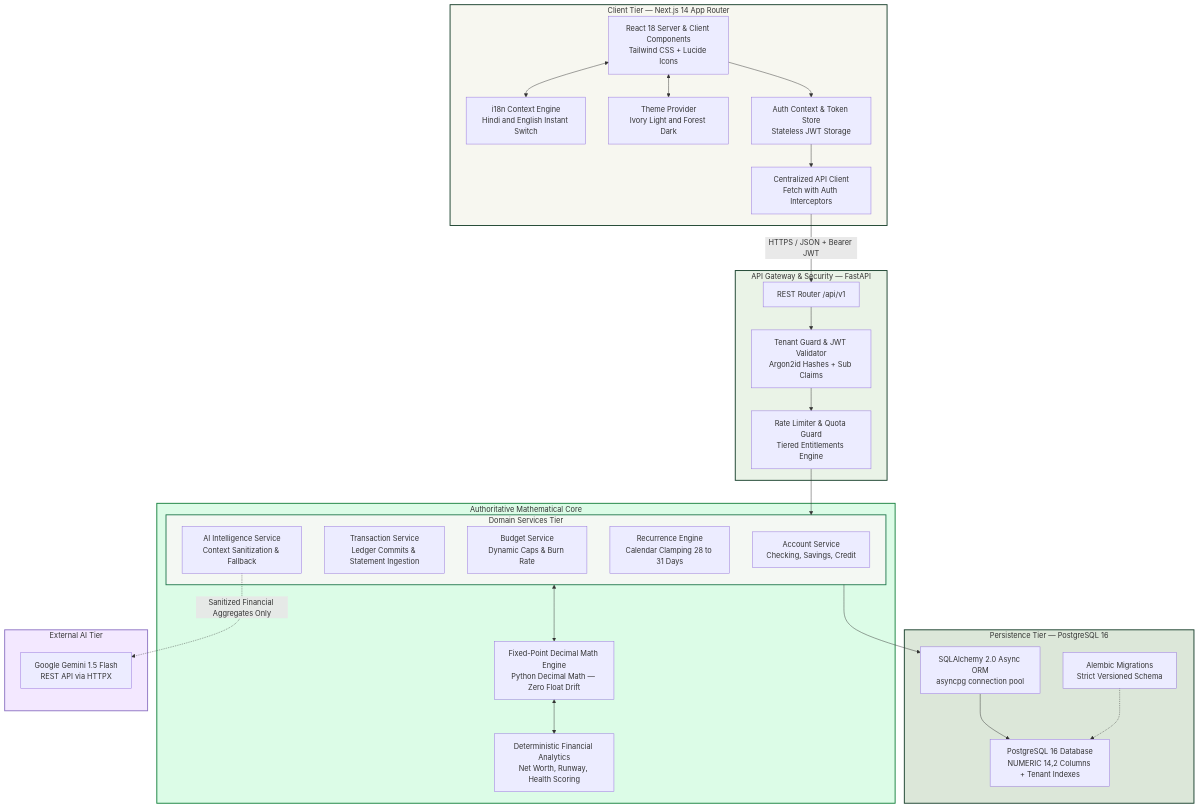
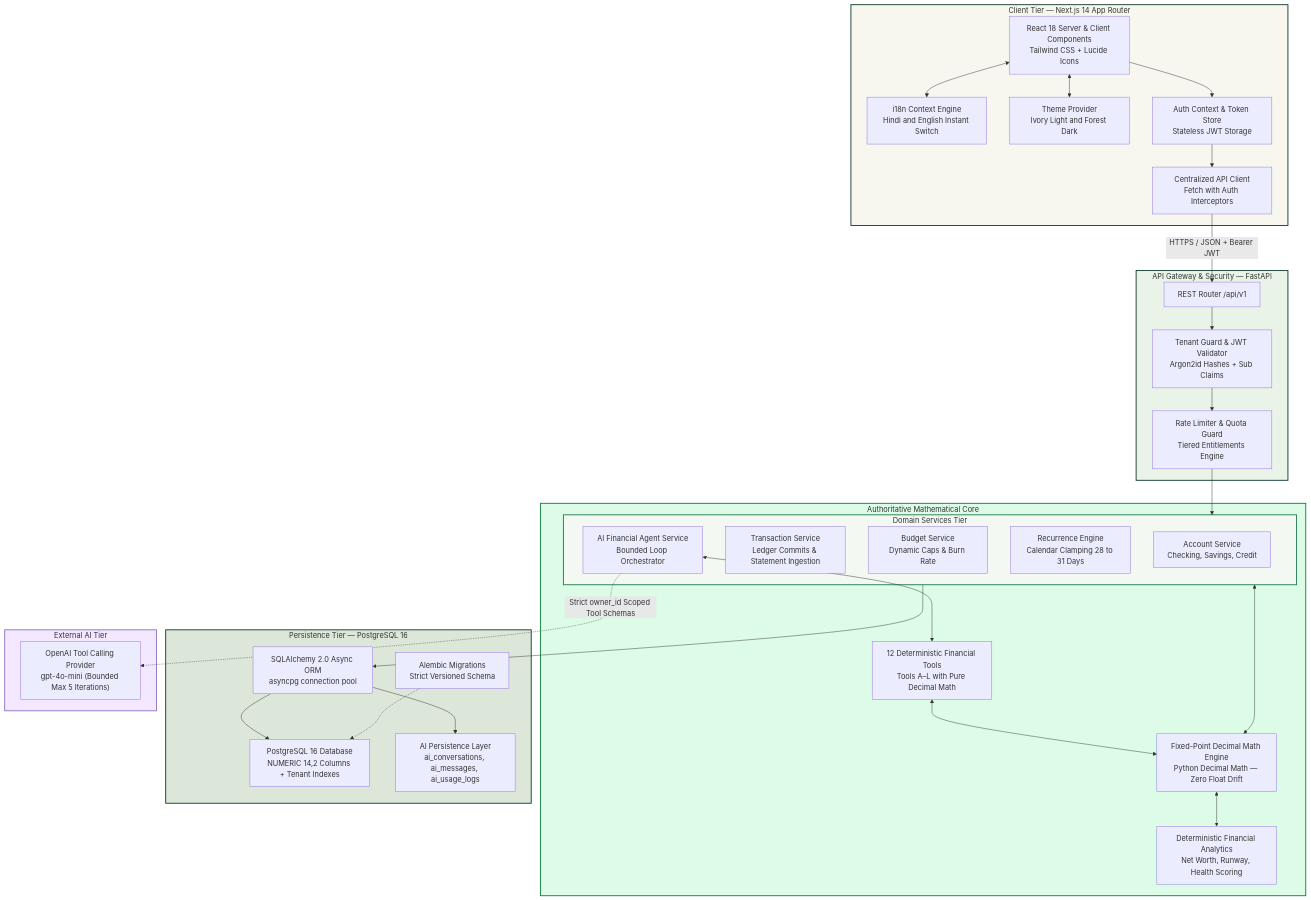
One commit to nikhillakra2007-tech/finroq changed the first of 5 diagrams in README.md. Above: the diagram before and after it, drawn with Mermaid. The commit also changed other lines of this file, not shown here.

Commit message:
DOCS(README): UPDATE ARCHITECTURAL SPECIFICATION WITH FINROQ AI AGENT, 12 DETERMINISTIC TOOLS ENGINE, MULTI-MODAL SPEECH PIPELINE, AND TELEMETRY MATRICES

````diff
--- a/README.md
+++ b/README.md
@@ -80,65 +82,70 @@
 ```mermaid
 flowchart TB
     subgraph CLIENT["Client Tier — Next.js 14 App Router"]
         UI["React 18 Server & Client Components<br/>Tailwind CSS + Lucide Icons"]
         I18N["i18n Context Engine<br/>Hindi and English Instant Switch"]
         THEME["Theme Provider<br/>Ivory Light and Forest Dark"]
         AUTH_CTX["Auth Context & Token Store<br/>Stateless JWT Storage"]
         API_CLIENT["Centralized API Client<br/>Fetch with Auth Interceptors"]
         
         UI <--> I18N
         UI <--> THEME
         UI --> AUTH_CTX
         AUTH_CTX --> API_CLIENT
     end
 
     subgraph GATEWAY["API Gateway & Security — FastAPI"]
         ROUTER["REST Router /api/v1"]
         AUTH_GUARD["Tenant Guard & JWT Validator<br/>Argon2id Hashes + Sub Claims"]
         RATE_LIMIT["Rate Limiter & Quota Guard<br/>Tiered Entitlements Engine"]
         
         API_CLIENT -- "HTTPS / JSON + Bearer JWT" --> ROUTER
         ROUTER --> AUTH_GUARD
         AUTH_GUARD --> RATE_LIMIT
     end
 
     subgraph DOMAIN["Domain Services Tier"]
         ACC_SVC["Account Service<br/>Checking, Savings, Credit"]
         TXN_SVC["Transaction Service<br/>Ledger Commits & Statement Ingestion"]
         BUDGET_SVC["Budget Service<br/>Dynamic Caps & Burn Rate"]
         REC_SVC["Recurrence Engine<br/>Calendar Clamping 28 to 31 Days"]
-        AI_SVC["AI Intelligence Service<br/>Context Sanitization & Fallback"]
+        AI_SVC["AI Financial Agent Service<br/>Bounded Loop Orchestrator"]
     end
 
     RATE_LIMIT --> DOMAIN
 
     subgraph ENGINE["Authoritative Mathematical Core"]
         DECIMAL_ENGINE["Fixed-Point Decimal Math Engine<br/>Python Decimal Math — Zero Float Drift"]
         ANALYTICS_CORE["Deterministic Financial Analytics<br/>Net Worth, Runway, Health Scoring"]
+        TOOLS_ENGINE["12 Deterministic Financial Tools<br/>Tools A–L with Pure Decimal Math"]
         
         DOMAIN <--> DECIMAL_ENGINE
         DECIMAL_ENGINE <--> ANALYTICS_CORE
+        AI_SVC <--> TOOLS_ENGINE
+        TOOLS_ENGINE <--> DECIMAL_ENGINE
     end
 
     subgraph PERSISTENCE["Persistence Tier — PostgreSQL 16"]
         ORM["SQLAlchemy 2.0 Async ORM<br/>asyncpg connection pool"]
         DB["PostgreSQL 16 Database<br/>NUMERIC 14,2 Columns + Tenant Indexes"]
+        AI_STORE["AI Persistence Layer<br/>ai_conversations, ai_messages, ai_usage_logs"]
         ALEMBIC["Alembic Migrations<br/>Strict Versioned Schema"]
         
         DOMAIN --> ORM
         ORM --> DB
+        ORM --> AI_STORE
         ALEMBIC -.-> DB
     end
 
     subgraph AI_PROVIDER["External AI Tier"]
-        GEMINI["Google Gemini 1.5 Flash<br/>REST API via HTTPX"]
-        AI_SVC -. "Sanitized Financial Aggregates Only" .-> GEMINI
+        OPENAI["OpenAI Tool Calling Provider<br/>gpt-4o-mini (Bounded Max 5 Iterations)"]
+        AI_SVC -. "Strict owner_id Scoped Tool Schemas" .-> OPENAI
     end
 
     style CLIENT fill:#F7F7F0,stroke:#173F2B,stroke-width:2px;
     style GATEWAY fill:#EAF3E7,stroke:#173F2B,stroke-width:2px;
     style DOMAIN fill:#F4F8F3,stroke:#247A50,stroke-width:2px;
     style ENGINE fill:#DCFCE7,stroke:#15803D,stroke-width:2px;
     style PERSISTENCE fill:#DCE7D9,stroke:#173F2B,stroke-width:2px;
     style AI_PROVIDER fill:#F3E8FF,stroke:#8E75C4,stroke-width:2px;
 ```
````
